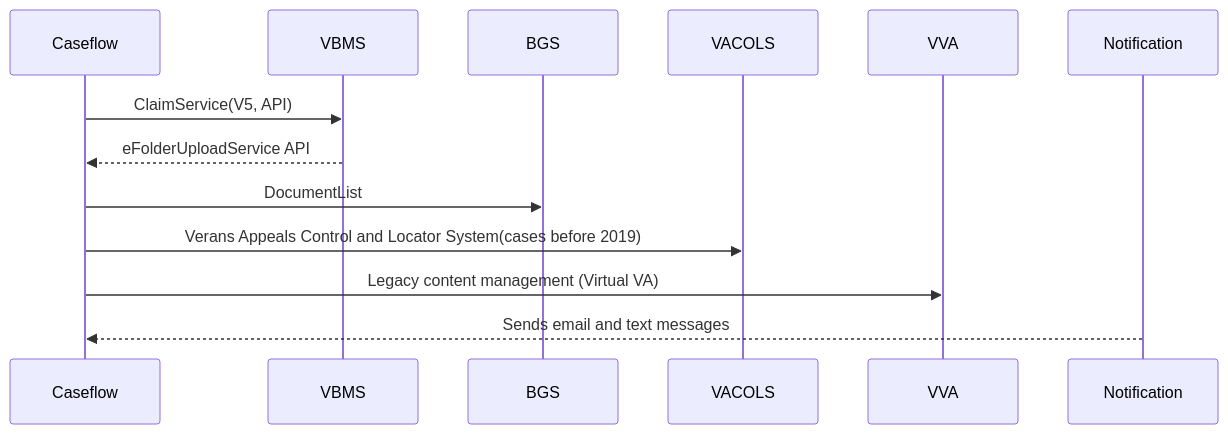
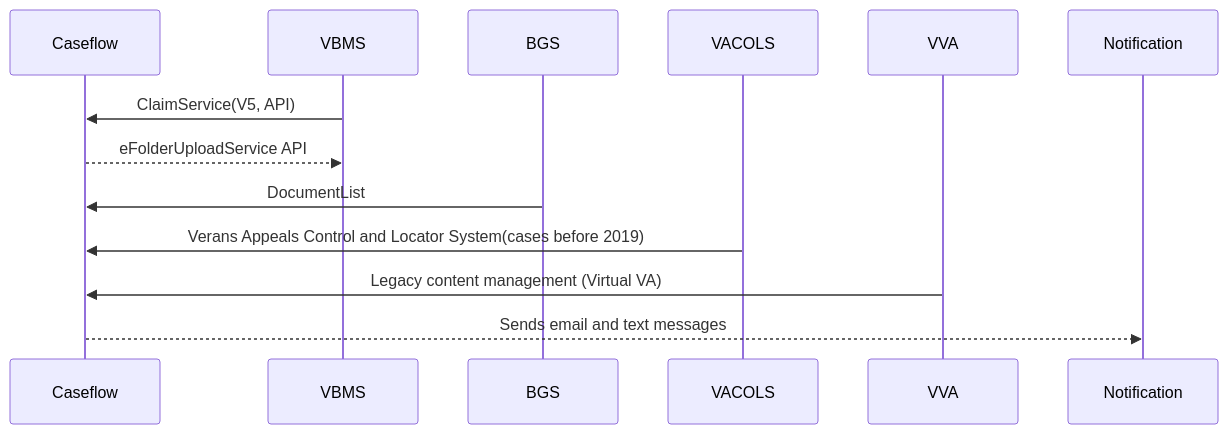
Before and after one commit to RickyJe/VBMS: the diagram in Caseflow.md, drawn with Mermaid.

````diff
--- a/Caseflow.md
+++ b/Caseflow.md
@@ -4,15 +4,15 @@
 ```mermaid
 sequenceDiagram
     Participant Caseflow
     Participant VBMS
     Participant BGS
     Participant VACOLS
     Participant VVA
-    Caseflow ->> VBMS: ClaimService(V5, API) 
-    VBMS -->> Caseflow: eFolderUploadService API
-    Caseflow->> BGS: DocumentList
-    Caseflow->> VACOLS : Verans Appeals Control and Locator System(cases before 2019)
-    Caseflow->> VVA : Legacy content management (Virtual VA)
-    Notification -->> Caseflow   : Sends email and text messages
+    VBMS ->> Caseflow: ClaimService(V5, API) 
+    Caseflow -->> VBMS: eFolderUploadService API
+    BGS ->> Caseflow: DocumentList
+    VACOLS->> Caseflow : Verans Appeals Control and Locator System(cases before 2019)
+    VVA->> Caseflow : Legacy content management (Virtual VA)
+    Caseflow -->> Notification   : Sends email and text messages
 
 ```
````
